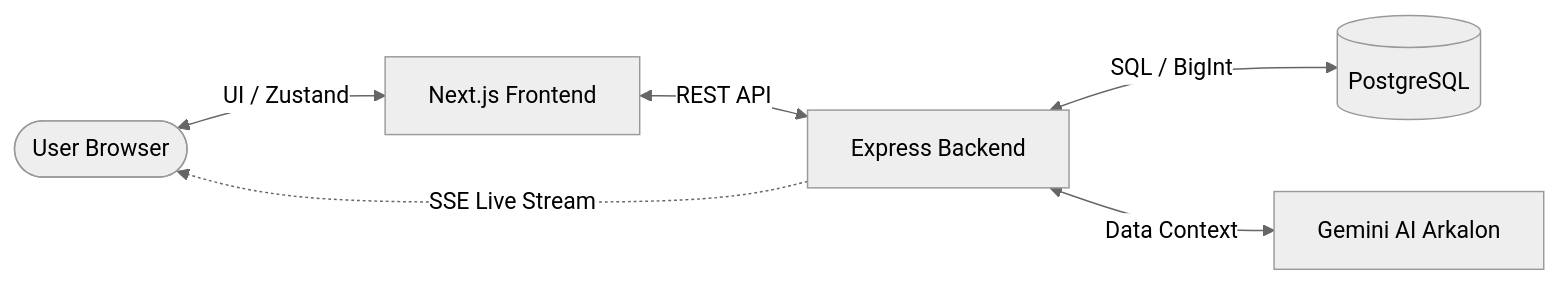
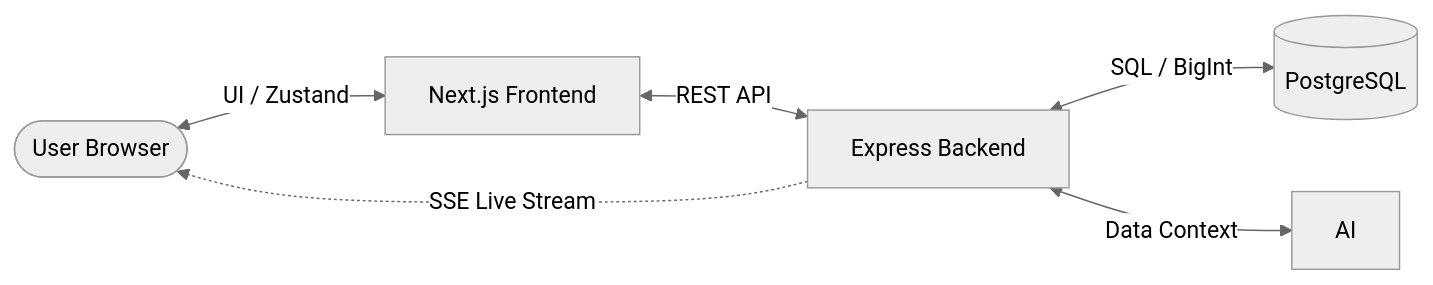
The diagram in README.md (AlexDegerman/rps-league-app), drawn with Mermaid (neutral theme) before and after one commit. The commit also changed other lines of this file and 75 other files, not shown here.

````diff
--- a/README.md
+++ b/README.md
@@ -504,14 +490,13 @@
 ```mermaid
 graph LR
     User([User Browser])
     Next[Next.js Frontend]
     API[Express Backend]
     DB[(PostgreSQL)]
-    AI[Gemini AI Arkalon]
 
     User <-->|UI / Zustand| Next
     Next <-->|REST API| API
     API <-->|SQL / BigInt| DB
     API <-->|Data Context| AI
     API -.->|SSE Live Stream| User
 ```
````
